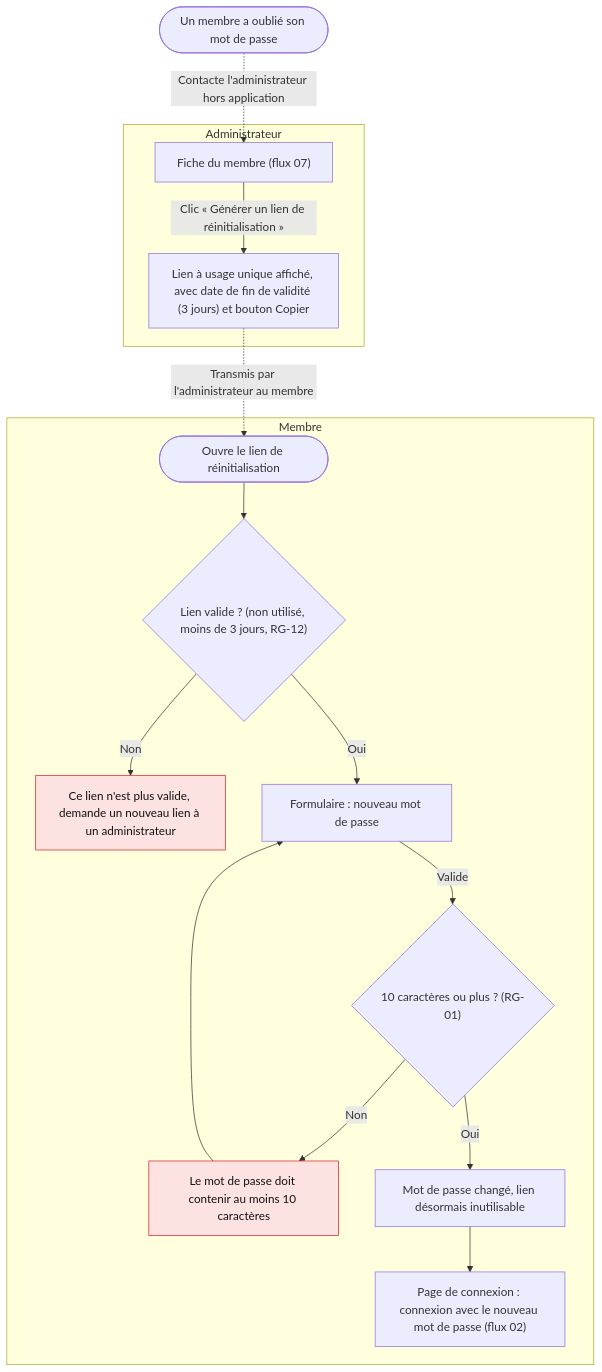
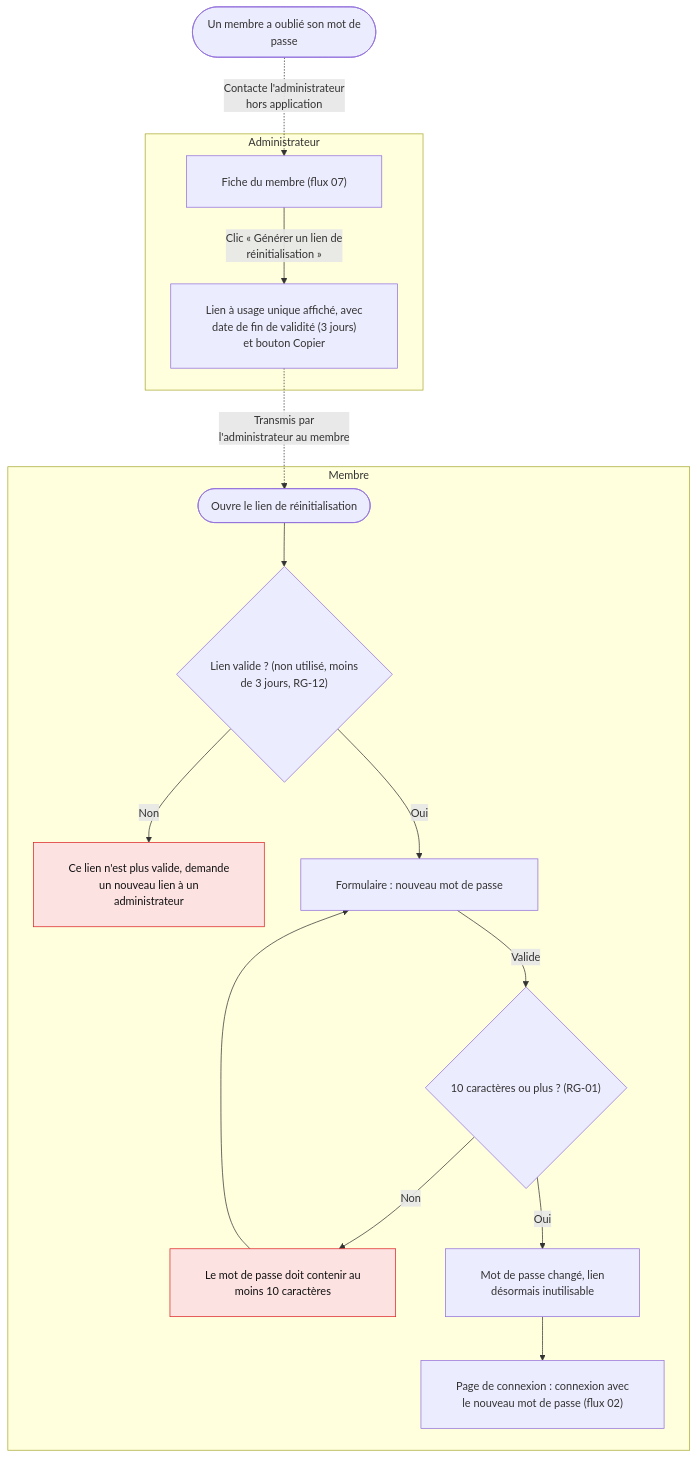
The diagram in docs/flows/03-reinitialisation-mot-de-passe.mmd (nathanjouannon/Creno), drawn with Mermaid before and after one commit. The commit also changed 9 other files, not shown here.

```diff
--- a/docs/flows/03-reinitialisation-mot-de-passe.mmd
+++ b/docs/flows/03-reinitialisation-mot-de-passe.mmd
@@ -1,24 +1,25 @@
+%%{init: {"flowchart": {"htmlLabels": true, "wrappingWidth": 360, "padding": 24, "nodeSpacing": 50, "rankSpacing": 60, "curve": "basis"}, "themeVariables": {"fontSize": "15px"}}}%%
 %% Mot de passe oublié : réinitialisation par lien généré par l'administrateur (F-02, F-10, RG-01, RG-12, RG-13)
 %% Aucun e-mail n'est envoyé au MVP (RG-13) : l'administrateur transmet lui-même le lien.
 %% Légende : rectangle = écran, stade = action, losange = décision, rouge = erreur / refus, orange = à confirmer
 flowchart TD
     classDef error fill:#fde2e2,stroke:#dc2626,color:#111
 
-    M(["Un membre a oublié son mot de passe"]) -.->|"Contacte l'administrateur hors application"| A1
+    M(["Un membre a oublié son mot de<br/>passe"]) -.->|"Contacte l'administrateur<br/>hors application"| A1
 
     subgraph ADMIN["Administrateur"]
-        A1["Fiche du membre (flux 07)"] -->|"Clic « Générer un lien de réinitialisation »"| A2["Lien à usage unique affiché, avec date de fin de validité (3 jours) et bouton Copier"]
+        A1["Fiche du membre (flux 07)"] -->|"Clic « Générer un lien de<br/>réinitialisation »"| A2["Lien à usage unique affiché, avec<br/>date de fin de validité (3 jours)<br/>et bouton Copier"]
     end
 
-    A2 -.->|"Transmis par l'administrateur au membre"| B0
+    A2 -.->|"Transmis par<br/>l'administrateur au membre"| B0
 
     subgraph MEMBRE["Membre"]
-        B0(["Ouvre le lien de réinitialisation"]) --> B1{"Lien valide ? (non utilisé, moins de 3 jours, RG-12)"}
-        B1 -->|"Non"| B2["Ce lien n'est plus valide, demande un nouveau lien à un administrateur"]:::error
+        B0(["Ouvre le lien de réinitialisation"]) --> B1{"Lien valide ? (non utilisé, moins<br/>de 3 jours, RG-12)"}
+        B1 -->|"Non"| B2["Ce lien n'est plus valide, demande<br/>un nouveau lien à un<br/>administrateur"]:::error
         B1 -->|"Oui"| B3["Formulaire : nouveau mot de passe"]
-        B3 -->|"Valide"| B4{"10 caractères ou plus ? (RG-01)"}
-        B4 -->|"Non"| B5["Le mot de passe doit contenir au moins 10 caractères"]:::error
+        B3 -->|"Valide"| B4{"10 caractères ou plus ? (RG-01)"}
+        B4 -->|"Non"| B5["Le mot de passe doit contenir au<br/>moins 10 caractères"]:::error
         B5 --> B3
-        B4 -->|"Oui"| B6["Mot de passe changé, lien désormais inutilisable"]
-        B6 --> B7["Page de connexion : connexion avec le nouveau mot de passe (flux 02)"]
+        B4 -->|"Oui"| B6["Mot de passe changé, lien<br/>désormais inutilisable"]
+        B6 --> B7["Page de connexion : connexion avec<br/>le nouveau mot de passe (flux 02)"]
     end
```
